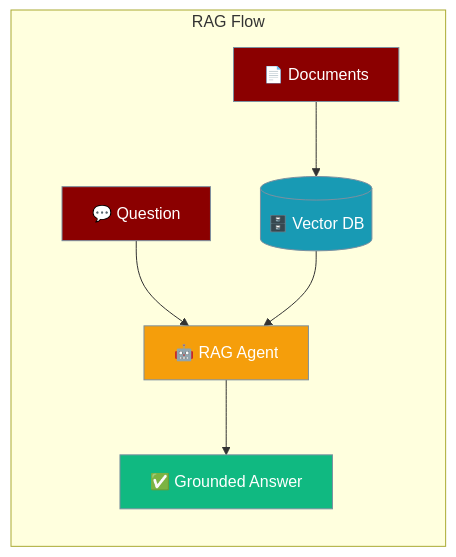
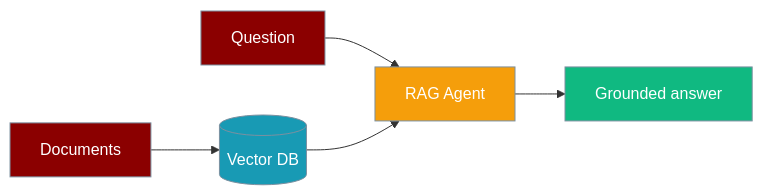
Before and after one commit to MervinPraison/PraisonAIDocs: the diagram in docs/features/rag.mdx, drawn with Mermaid. The commit also changed other lines of this file and 4 other files, not shown here.

````diff
--- a/docs/features/rag.mdx
+++ b/docs/features/rag.mdx
@@ -10,19 +22,17 @@
 ```mermaid
 graph LR
-    subgraph "RAG Flow"
-        Input["📄 Documents"] --> VDB[("🗄️ Vector DB")]
-        Query["💬 Question"] --> Agent["🤖 RAG Agent"]
-        VDB --> Agent
-        Agent --> Output["✅ Grounded Answer"]
-    end
+    D[Documents] --> V[(Vector DB)]
+    Q[Question] --> A[RAG Agent]
+    V --> A
+    A --> O[Grounded answer]
 
     classDef input fill:#8B0000,stroke:#7C90A0,color:#fff
     classDef store fill:#189AB4,stroke:#7C90A0,color:#fff
     classDef process fill:#F59E0B,stroke:#7C90A0,color:#fff
     classDef output fill:#10B981,stroke:#7C90A0,color:#fff
 
-    class Input,Query input
-    class VDB store
-    class Agent process
-    class Output output
+    class D,Q input
+    class V store
+    class A process
+    class O output
 ```
````
